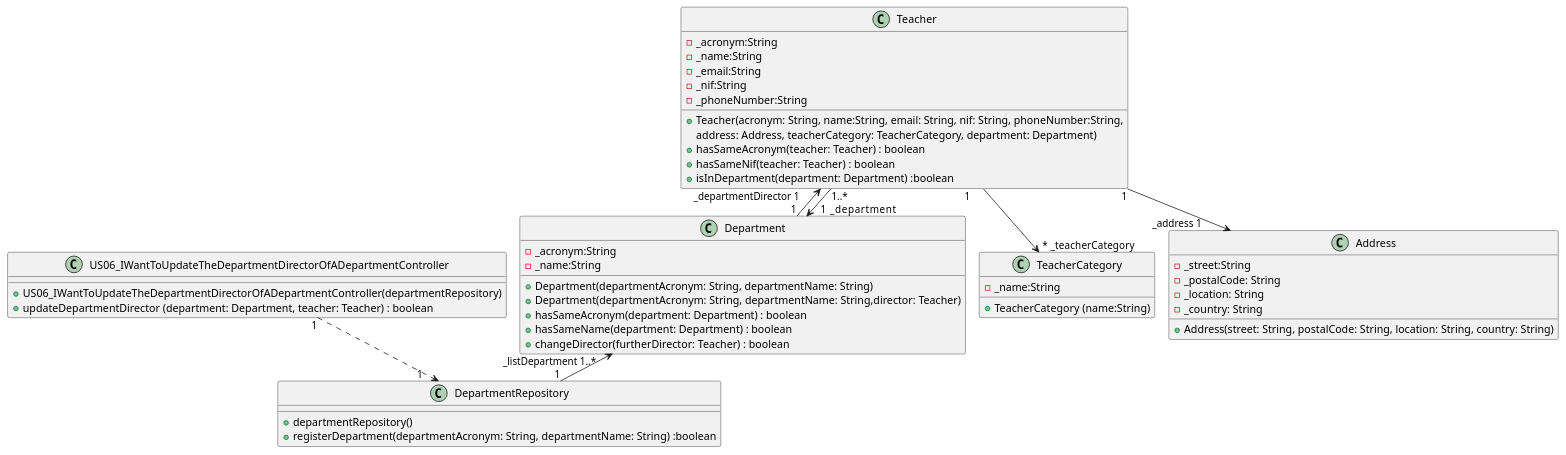
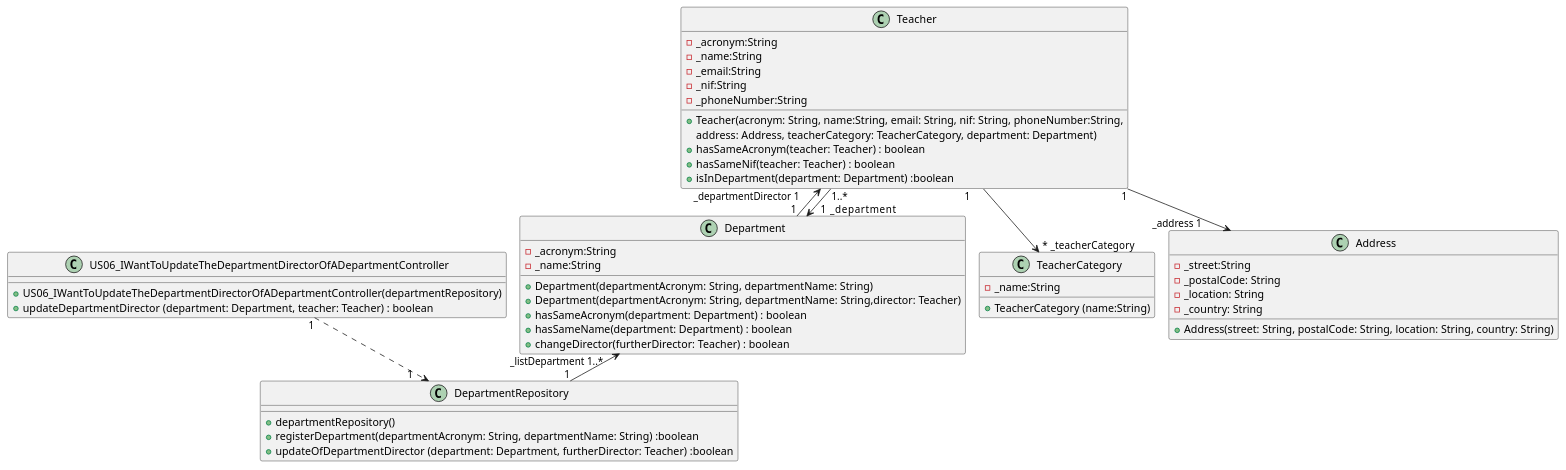
The diagram in docs/US06/US06_UpdateDepartmentDirectorOfADepartment_ClassDiagram.puml (GasparISEP/DevOps-PAI), drawn with PlantUML before and after one commit.

Commit message:
Add two methods to the DepartmentRepository class in the US06 class diagram

```diff
--- a/docs/US06/US06_UpdateDepartmentDirectorOfADepartment_ClassDiagram.puml
+++ b/docs/US06/US06_UpdateDepartmentDirectorOfADepartment_ClassDiagram.puml
@@ -1,58 +1,59 @@
 @startuml
 !pragma layout smetana
 'left to right direction
 
 class US06_IWantToUpdateTheDepartmentDirectorOfADepartmentController {
     +US06_IWantToUpdateTheDepartmentDirectorOfADepartmentController(departmentRepository)
     +updateDepartmentDirector (department: Department, teacher: Teacher) : boolean
 }
 
 class Department {
     -_acronym:String
     -_name:String
     +Department(departmentAcronym: String, departmentName: String)
     +Department(departmentAcronym: String, departmentName: String,director: Teacher)
     +hasSameAcronym(department: Department) : boolean
     +hasSameName(department: Department) : boolean
     +changeDirector(furtherDirector: Teacher) : boolean
 }
 
 class DepartmentRepository {
     +departmentRepository()
     +registerDepartment(departmentAcronym: String, departmentName: String) :boolean
+    +updateOfDepartmentDirector (department: Department, furtherDirector: Teacher) :boolean
 }
 
 class Teacher {
      -_acronym:String
      -_name:String
      -_email:String
      -_nif:String
      -_phoneNumber:String
      +Teacher(acronym: String, name:String, email: String, nif: String, phoneNumber:String,
      address: Address, teacherCategory: TeacherCategory, department: Department)
      +hasSameAcronym(teacher: Teacher) : boolean
      +hasSameNif(teacher: Teacher) : boolean
      +isInDepartment(department: Department) :boolean
 }
 
 class TeacherCategory {
     -_name:String
     + TeacherCategory (name:String)
 }
 
 class Address {
      -_street:String
      -_postalCode: String
      -_location: String
      -_country: String
      +Address(street: String, postalCode: String, location: String, country: String)
 }
 
 US06_IWantToUpdateTheDepartmentDirectorOfADepartmentController "1" ..> "1      " DepartmentRepository
 Teacher "1" --> "_address 1           " Address
 Teacher "1     " --> " *  _teacherCategory " TeacherCategory
 Teacher "_departmentDirector 1        " <-- "1" Department
 Teacher "1..*     " --> "     1    _department" Department
 Department "_listDepartment 1..*      " <-- "1" DepartmentRepository
 
 @enduml
```
